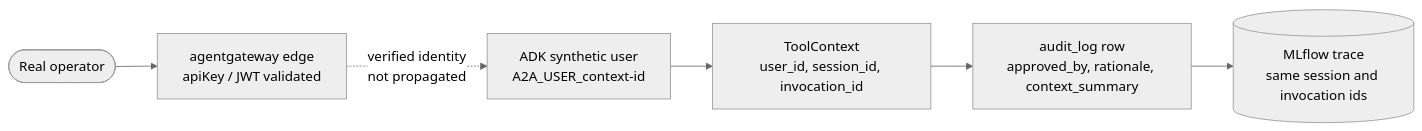
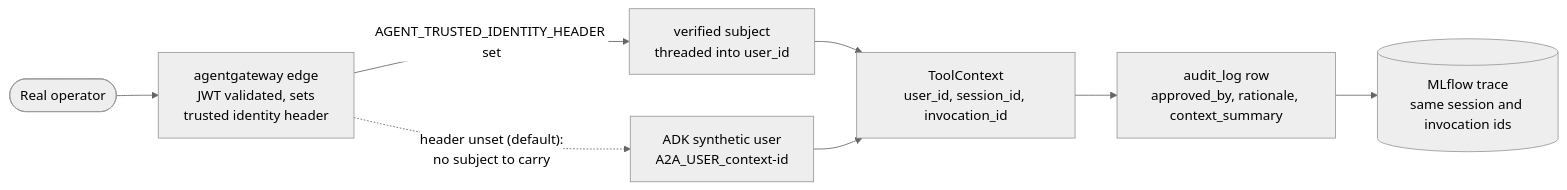
One commit to MLOps-Courses/agentops-open-course changed the diagram in docs/7. Observability/7.6. Governance.md. Above: the diagram before and after it, drawn with Mermaid (neutral theme). The commit also changed other lines of this file and 46 other files, not shown here.

````diff
--- a/docs/7. Observability/7.6. Governance.md
+++ b/docs/7. Observability/7.6. Governance.md
@@ -17,8 +17,10 @@
 ```mermaid
 flowchart LR
-    Person([Real operator]) --> Edge["agentgateway edge<br/>apiKey / JWT validated"]
-    Edge -. verified identity<br/>not propagated .-> Synth["ADK synthetic user<br/>A2A_USER_context-id"]
+    Person([Real operator]) --> Edge["agentgateway edge<br/>JWT validated, sets<br/>trusted identity header"]
+    Edge -->|"AGENT_TRUSTED_IDENTITY_HEADER set"| Verified["verified subject<br/>threaded into user_id"]
+    Edge -. "header unset (default):<br/>no subject to carry" .-> Synth["ADK synthetic user<br/>A2A_USER_context-id"]
+    Verified --> Ctx
     Synth --> Ctx["ToolContext<br/>user_id, session_id, invocation_id"]
     Ctx --> Row["audit_log row<br/>approved_by, rationale, context_summary"]
     Row --> Trace[("MLflow trace<br/>same session and invocation ids")]
 ```
````
